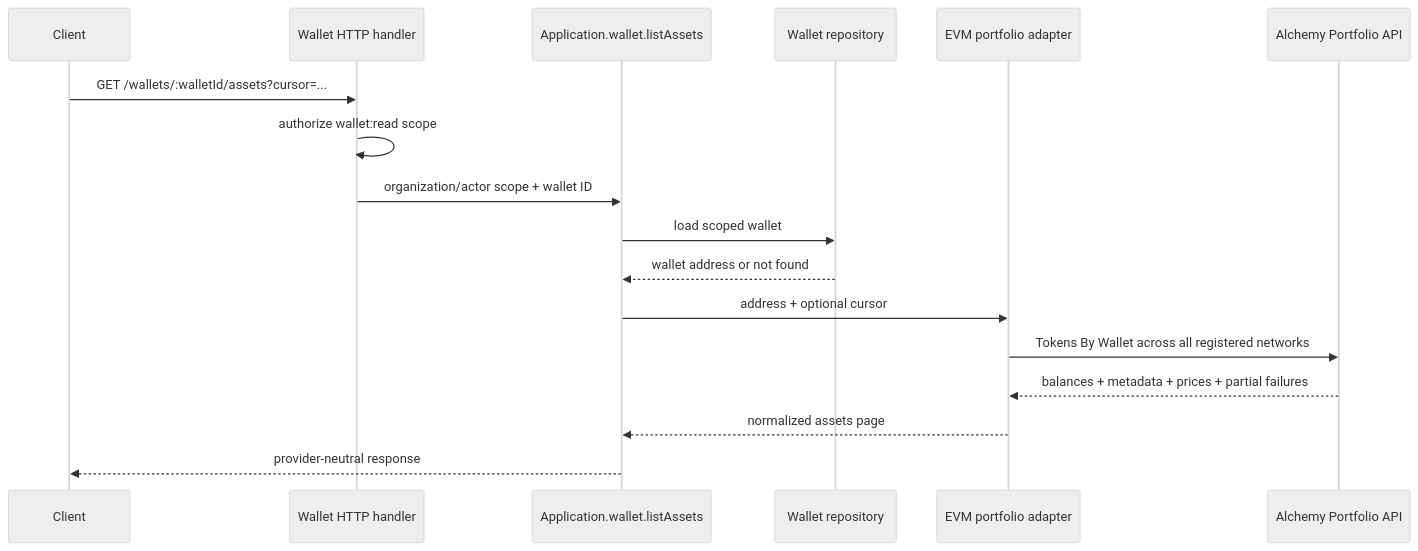
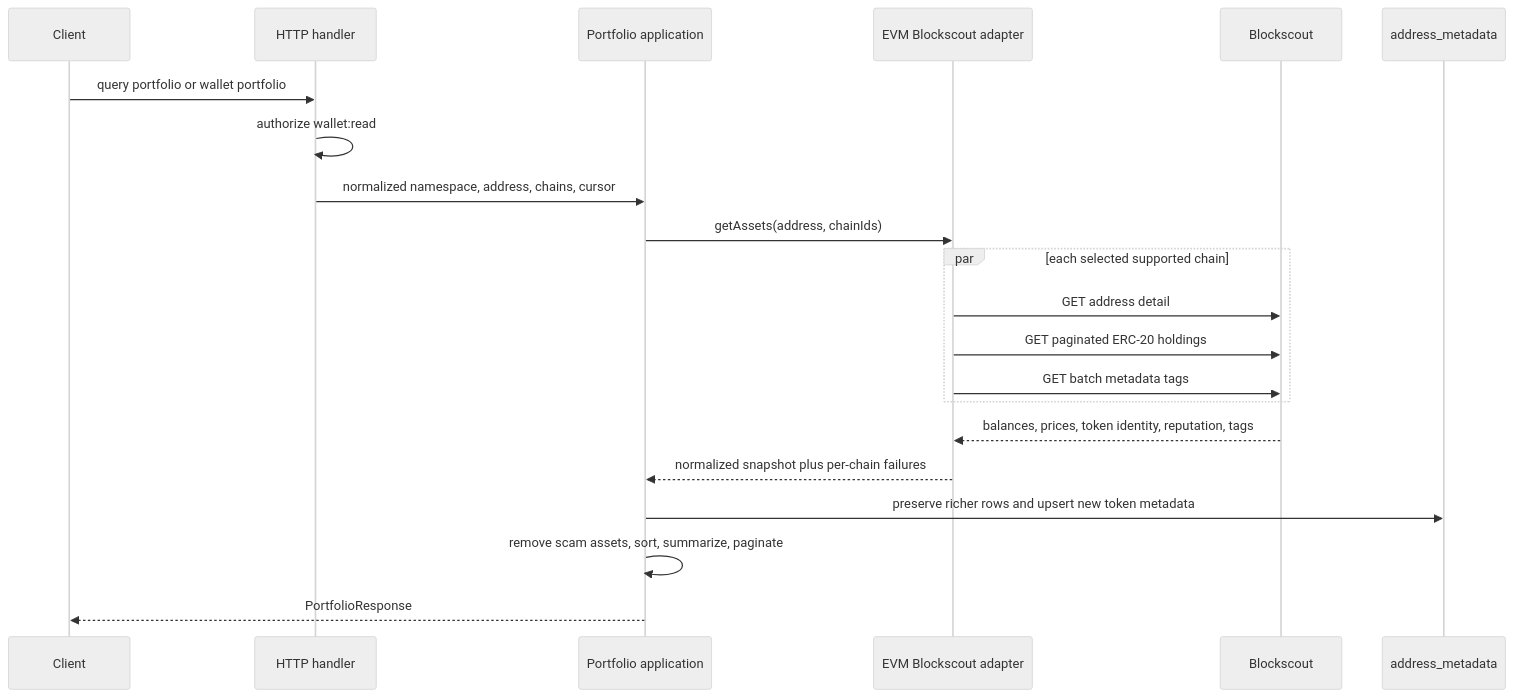
Before and after one commit to thenamespace/namera: the diagram in architecture/evm/portfolio.md, drawn with Mermaid (neutral theme). The commit also changed other lines of this file and 11 other files, not shown here.

Commit message:
feat(portfolio): optimize Blockscout enrichment

````diff
--- a/architecture/evm/portfolio.md
+++ b/architecture/evm/portfolio.md
@@ -10,20 +29,24 @@
 ```mermaid
 sequenceDiagram
   participant Client
-  participant Server as Wallet HTTP handler
-  participant App as Application.wallet.listAssets
-  participant DB as Wallet repository
-  participant EVM as EVM portfolio adapter
-  participant Alchemy as Alchemy Portfolio API
+  participant Server as HTTP handler
+  participant App as Portfolio application
+  participant EVM as EVM Blockscout adapter
+  participant Blockscout
+  participant Cache as address_metadata
 
-  Client->>Server: GET /wallets/:walletId/assets?cursor=...
-  Server->>Server: authorize wallet:read scope
-  Server->>App: organization/actor scope + wallet ID
-  App->>DB: load scoped wallet
-  DB-->>App: wallet address or not found
-  App->>EVM: address + optional cursor
-  EVM->>Alchemy: Tokens By Wallet across all registered networks
-  Alchemy-->>EVM: balances + metadata + prices + partial failures
-  EVM-->>App: normalized assets page
-  App-->>Client: provider-neutral response
+  Client->>Server: query portfolio or wallet portfolio
+  Server->>Server: authorize wallet:read
+  Server->>App: normalized namespace, address, chains, cursor
+  App->>EVM: getAssets(address, chainIds)
+  par each selected supported chain
+    EVM->>Blockscout: GET address detail
+    EVM->>Blockscout: GET paginated ERC-20 holdings
+    EVM->>Blockscout: GET batch metadata tags
+  end
+  Blockscout-->>EVM: balances, prices, token identity, reputation, tags
+  EVM-->>App: normalized snapshot plus per-chain failures
+  App->>Cache: preserve richer rows and upsert new token metadata
+  App->>App: remove scam assets, sort, summarize, paginate
+  App-->>Client: PortfolioResponse
 ```
````
